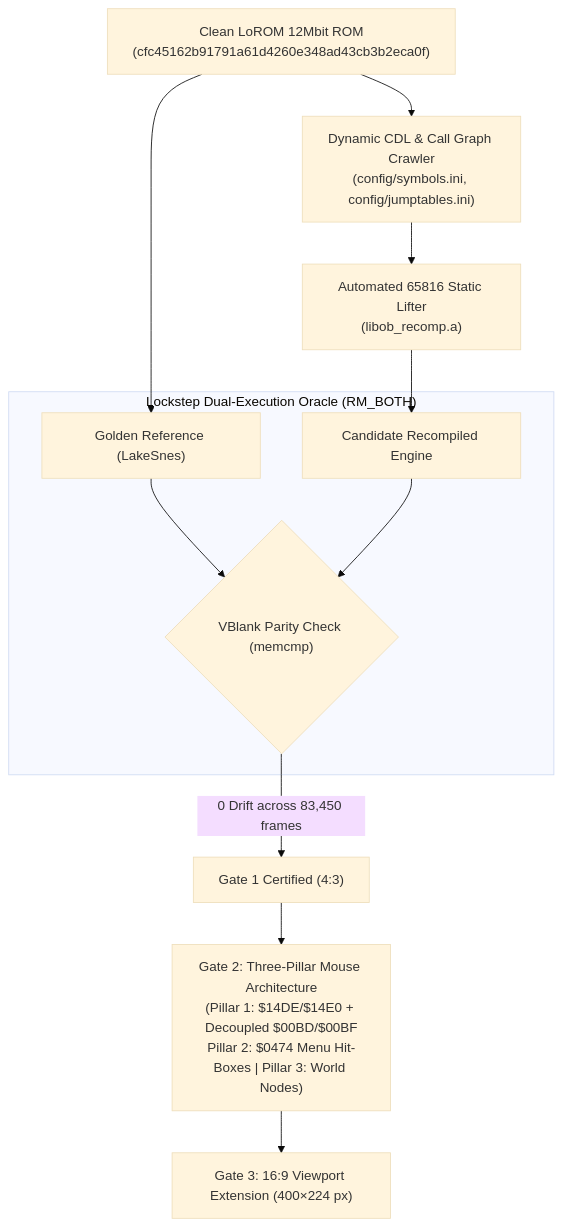
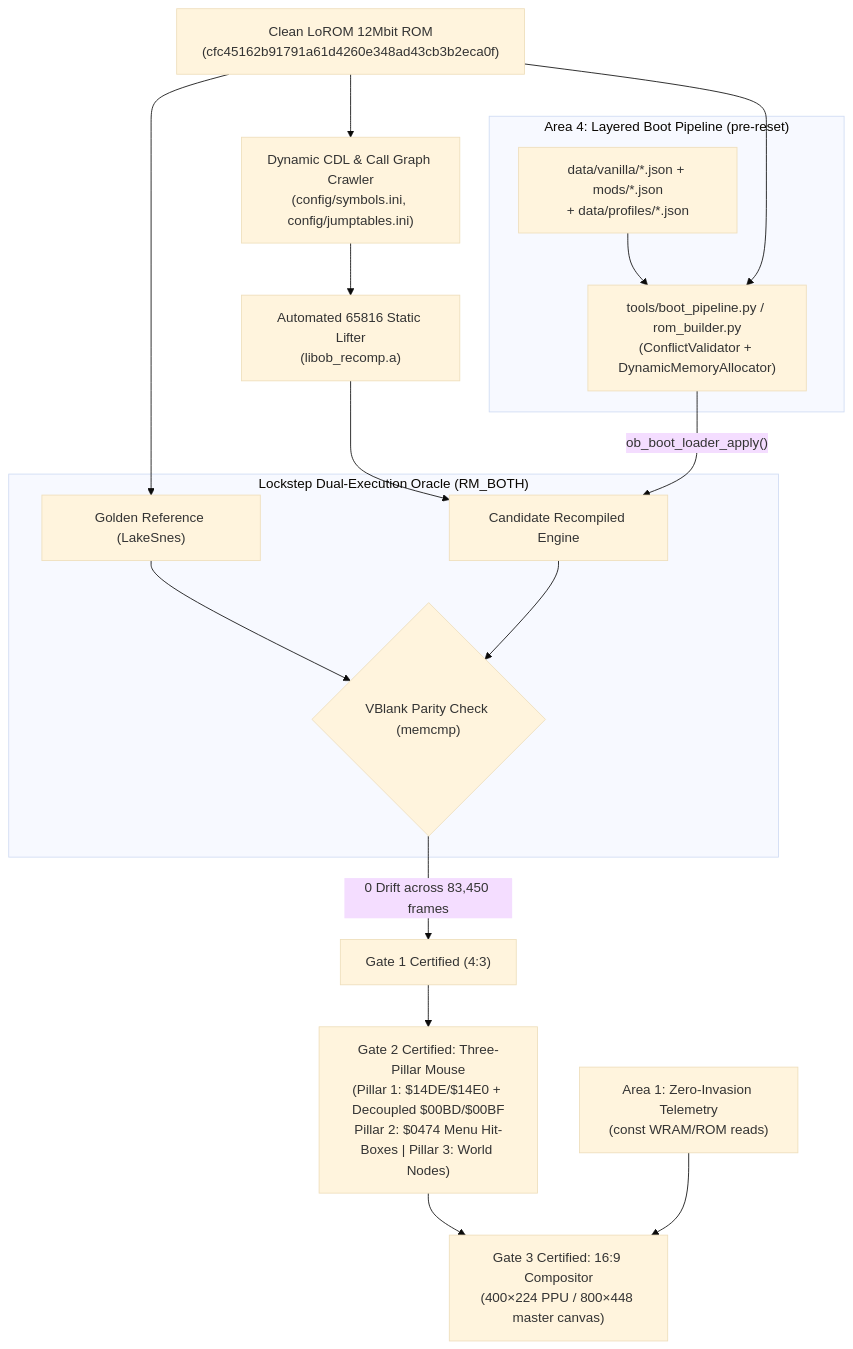
The diagram in README.md (hoyajavis/ogre-battle-pc), drawn with Mermaid (base theme) before and after one commit. The commit also changed other lines of this file, not shown here.

````diff
--- a/README.md
+++ b/README.md
@@ -20,19 +22,28 @@
 ```mermaid
 flowchart TD
     ROM["Clean LoROM 12Mbit ROM\n(cfc45162b91791a61d4260e348ad43cb3b2eca0f)"] --> CDL["Dynamic CDL & Call Graph Crawler\n(config/symbols.ini, config/jumptables.ini)"]
     CDL --> Lifter["Automated 65816 Static Lifter\n(libob_recomp.a)"]
-    
+
+    subgraph Boot ["Area 4: Layered Boot Pipeline (pre-reset)"]
+        JSON["data/vanilla/*.json + mods/*.json\n+ data/profiles/*.json"]
+        Builder["tools/boot_pipeline.py / rom_builder.py\n(ConflictValidator + DynamicMemoryAllocator)"]
+        JSON --> Builder
+    end
+    ROM --> Builder
+
     subgraph DualExec ["Lockstep Dual-Execution Oracle (RM_BOTH)"]
         REF["Golden Reference (LakeSnes)"]
         CAND["Candidate Recompiled Engine"]
         CMP{"VBlank Parity Check (memcmp)"}
         REF --> CMP
         CAND --> CMP
     end
-    
+
     Lifter --> CAND
     ROM --> REF
     CMP -->|0 Drift across 83,450 frames| G1["Gate 1 Certified (4:3)"]
-    G1 --> G2["Gate 2: Three-Pillar Mouse Architecture\n(Pillar 1: $14DE/$14E0 + Decoupled $00BD/$00BF\nPillar 2: $0474 Menu Hit-Boxes | Pillar 3: World Nodes)"]
-    G2 --> G3["Gate 3: 16:9 Viewport Extension (400×224 px)"]
+    G1 --> G2["Gate 2 Certified: Three-Pillar Mouse\n(Pillar 1: $14DE/$14E0 + Decoupled $00BD/$00BF\nPillar 2: $0474 Menu Hit-Boxes | Pillar 3: World Nodes)"]
+    G2 --> G3["Gate 3 Certified: 16:9 Compositor\n(400×224 PPU / 800×448 master canvas)"]
+    TEL["Area 1: Zero-Invasion Telemetry\n(const WRAM/ROM reads)"] --> G3
+    Builder -->|"ob_boot_loader_apply()"| CAND
 ```
````
